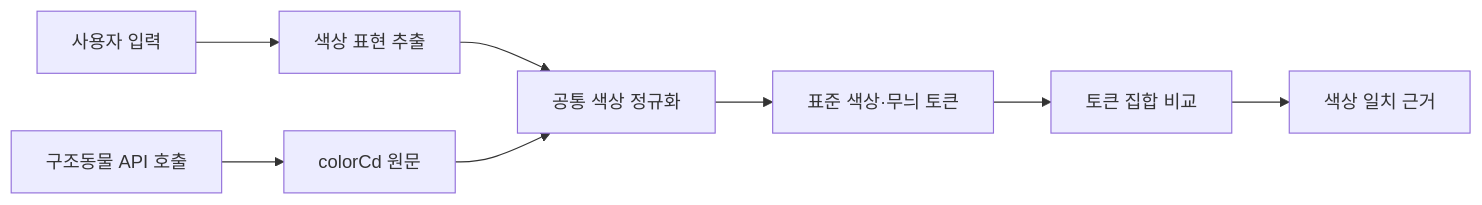
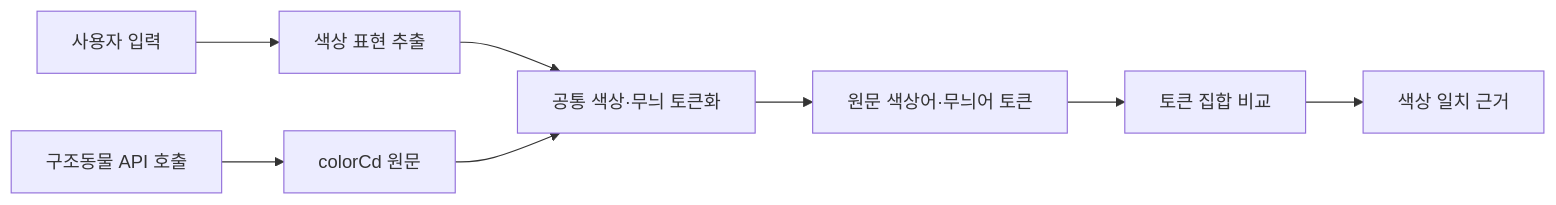
Before and after one commit to aio-03-p2-team1/aio-03-p2-team1: the diagram in docs/color-normalization.md, drawn with Mermaid. The commit also changed other lines of this file and 5 other files, not shown here.

````diff
--- a/docs/color-normalization.md
+++ b/docs/color-normalization.md
@@ -9,10 +9,10 @@
 ```mermaid
 flowchart LR
   U[사용자 입력] --> UN[색상 표현 추출]
-  UN --> N[공통 색상 정규화]
+  UN --> N[공통 색상·무늬 토큰화]
   A[구조동물 API 호출] --> R[colorCd 원문]
   R --> N
-  N --> T[표준 색상·무늬 토큰]
+  N --> T[원문 색상어·무늬어 토큰]
   T --> M[토큰 집합 비교]
   M --> O[색상 일치 근거]
 ```
````
